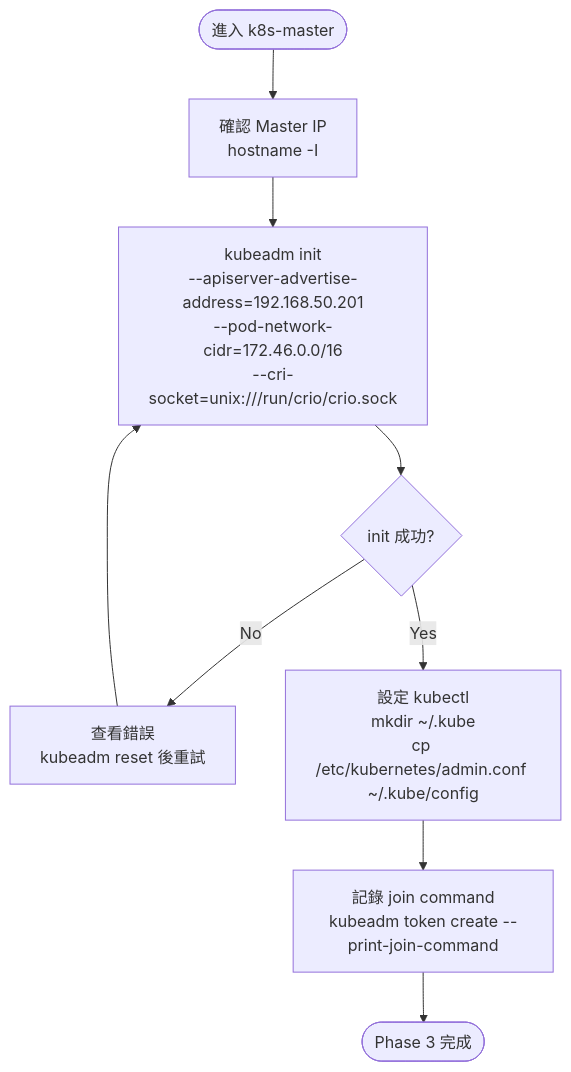
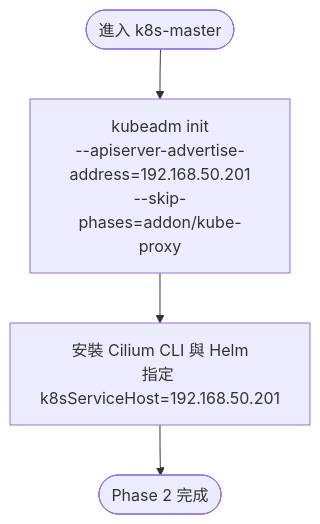
Before and after one commit to MansionLai/notebook: the fourth of 6 diagrams in kubernetes/3node-multipass/setup-flowchart.md, drawn with Mermaid. The commit also changed other lines of this file and 3 other files, not shown here.

````diff
--- a/kubernetes/3node-multipass/setup-flowchart.md
+++ b/kubernetes/3node-multipass/setup-flowchart.md
@@ -72,11 +61,6 @@
 ```mermaid
 flowchart TD
-    S([進入 k8s-master]) --> IP[確認 Master IP\nhostname -I]
-    IP --> INIT["kubeadm init\n--apiserver-advertise-address=192.168.50.201\n--pod-network-cidr=172.46.0.0/16\n--cri-socket=unix:///run/crio/crio.sock"]
-    INIT --> CHK{init 成功?}
-    CHK -- No --> LOG[查看錯誤\nkubeadm reset 後重試]
-    LOG --> INIT
-    CHK -- Yes --> KUBE[設定 kubectl\nmkdir ~/.kube\ncp /etc/kubernetes/admin.conf ~/.kube/config]
-    KUBE --> SAVE["記錄 join command\nkubeadm token create --print-join-command"]
-    SAVE --> DONE([Phase 3 完成])
+    S([進入 k8s-master]) --> INIT["kubeadm init\n--apiserver-advertise-address=192.168.50.201\n--skip-phases=addon/kube-proxy"]
+    INIT --> CILIUM["安裝 Cilium CLI 與 Helm\n指定 k8sServiceHost=192.168.50.201"]
+    CILIUM --> DONE([Phase 2 完成])
 ```
````
